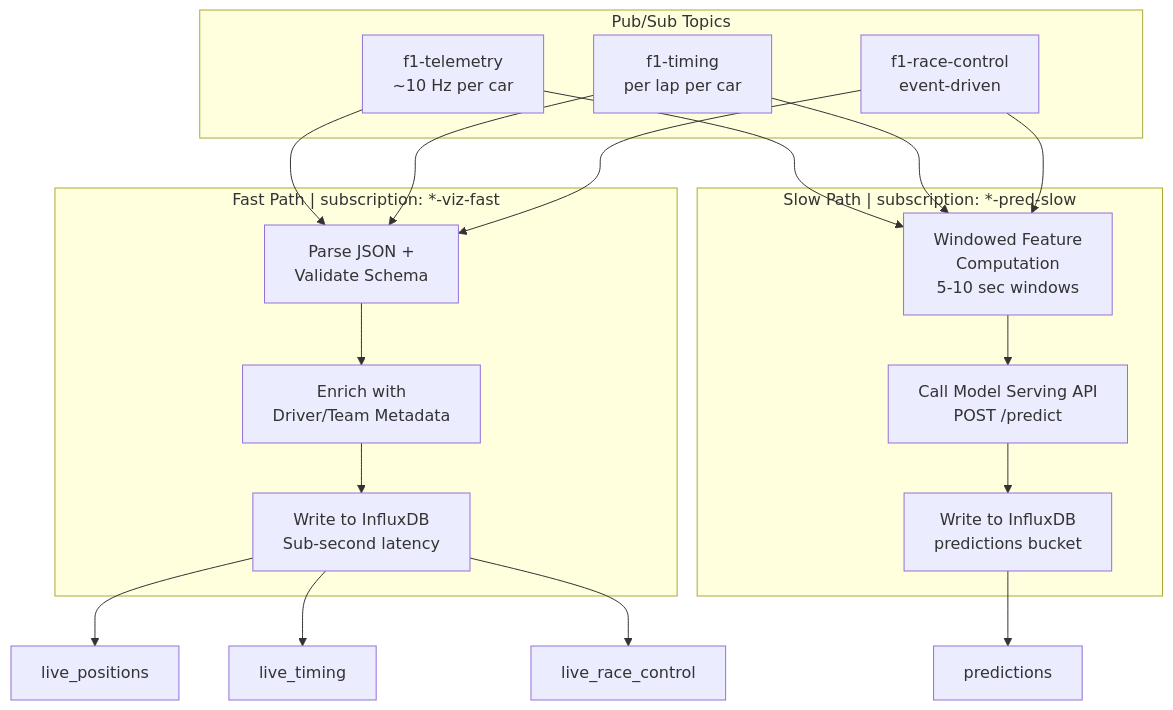
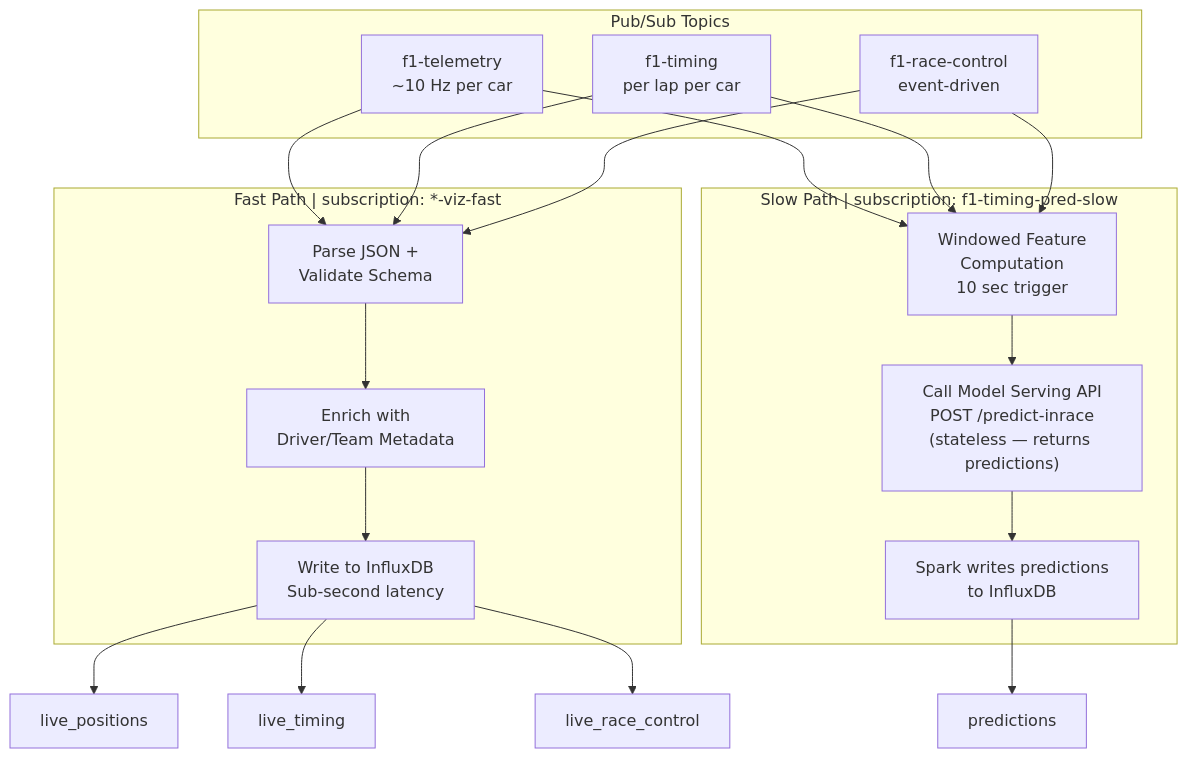
One commit to nmk-k66-uet/F1-Chubby-Data changed the third of 11 diagrams in revised_plan.md. Above: the diagram before and after it, drawn with Mermaid. The commit also changed other lines of this file and 12 other files, not shown here.

````diff
--- a/revised_plan.md
+++ b/revised_plan.md
@@ -90,28 +94,28 @@
 ```mermaid
 flowchart TD
     subgraph PS ["Pub/Sub Topics"]
         T1[f1-telemetry<br/>~10 Hz per car]
         T2[f1-timing<br/>per lap per car]
         T3[f1-race-control<br/>event-driven]
     end
 
     subgraph FP ["Fast Path | subscription: *-viz-fast"]
         F_PARSE[Parse JSON +<br/>Validate Schema]
         F_ENRICH[Enrich with<br/>Driver/Team Metadata]
         F_WRITE[Write to InfluxDB<br/>Sub-second latency]
     end
 
-    subgraph SP ["Slow Path | subscription: *-pred-slow"]
-        S_WINDOW[Windowed Feature<br/>Computation<br/>5-10 sec windows]
-        S_CALL[Call Model Serving API<br/>POST /predict]
-        S_WRITE[Write to InfluxDB<br/>predictions bucket]
+    subgraph SP ["Slow Path | subscription: f1-timing-pred-slow"]
+        S_WINDOW[Windowed Feature<br/>Computation<br/>10 sec trigger]
+        S_CALL["Call Model Serving API<br/>POST /predict-inrace<br/>(stateless — returns predictions)"]
+        S_WRITE[Spark writes predictions<br/>to InfluxDB]
     end
 
     T1 & T2 & T3 --> F_PARSE --> F_ENRICH --> F_WRITE
     T1 & T2 & T3 --> S_WINDOW --> S_CALL --> S_WRITE
 
     F_WRITE --> LP[live_positions]
     F_WRITE --> LTI[live_timing]
     F_WRITE --> LRC[live_race_control]
     S_WRITE --> PRED[predictions]
 ```
````
